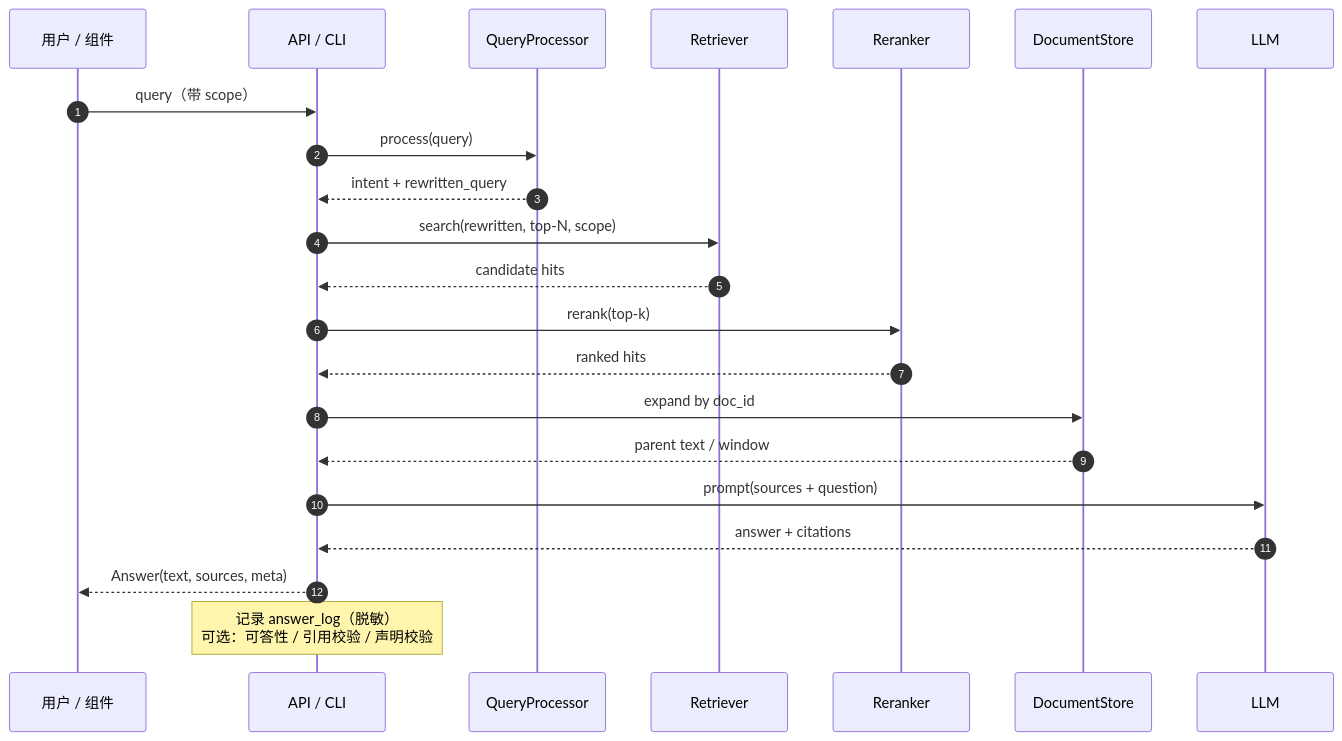
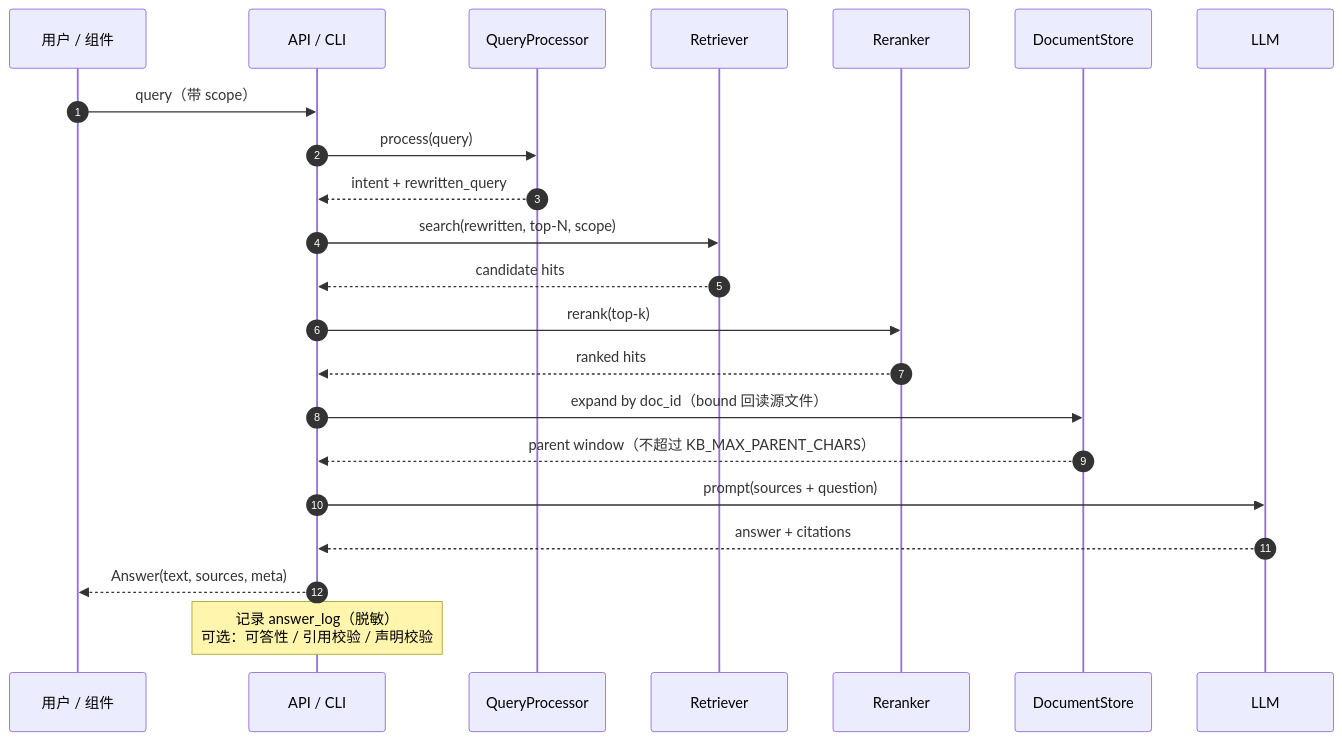
Before and after one commit to ouyang-ww/kb-agent: the fifth of 9 diagrams in docs/architecture.md, drawn with Mermaid. The commit also changed other lines of this file and 27 other files, not shown here.

First line of the commit message:
Stop storing bound parent bodies in SQLite (#2)

````diff
--- a/docs/architecture.md
+++ b/docs/architecture.md
@@ -182,25 +182,25 @@
 ```mermaid
 sequenceDiagram
     autonumber
     participant U as 用户 / 组件
     participant A as API / CLI
     participant Q as QueryProcessor
     participant R as Retriever
     participant RR as Reranker
     participant D as DocumentStore
     participant L as LLM
 
     U->>A: query（带 scope）
     A->>Q: process(query)
     Q-->>A: intent + rewritten_query
     A->>R: search(rewritten, top-N, scope)
     R-->>A: candidate hits
     A->>RR: rerank(top-k)
     RR-->>A: ranked hits
-    A->>D: expand by doc_id
-    D-->>A: parent text / window
+    A->>D: expand by doc_id（bound 回读源文件）
+    D-->>A: parent window（不超过 KB_MAX_PARENT_CHARS）
     A->>L: prompt(sources + question)
     L-->>A: answer + citations
     A-->>U: Answer(text, sources, meta)
     Note over A: 记录 answer_log（脱敏）<br/>可选：可答性 / 引用校验 / 声明校验
 ```
````
